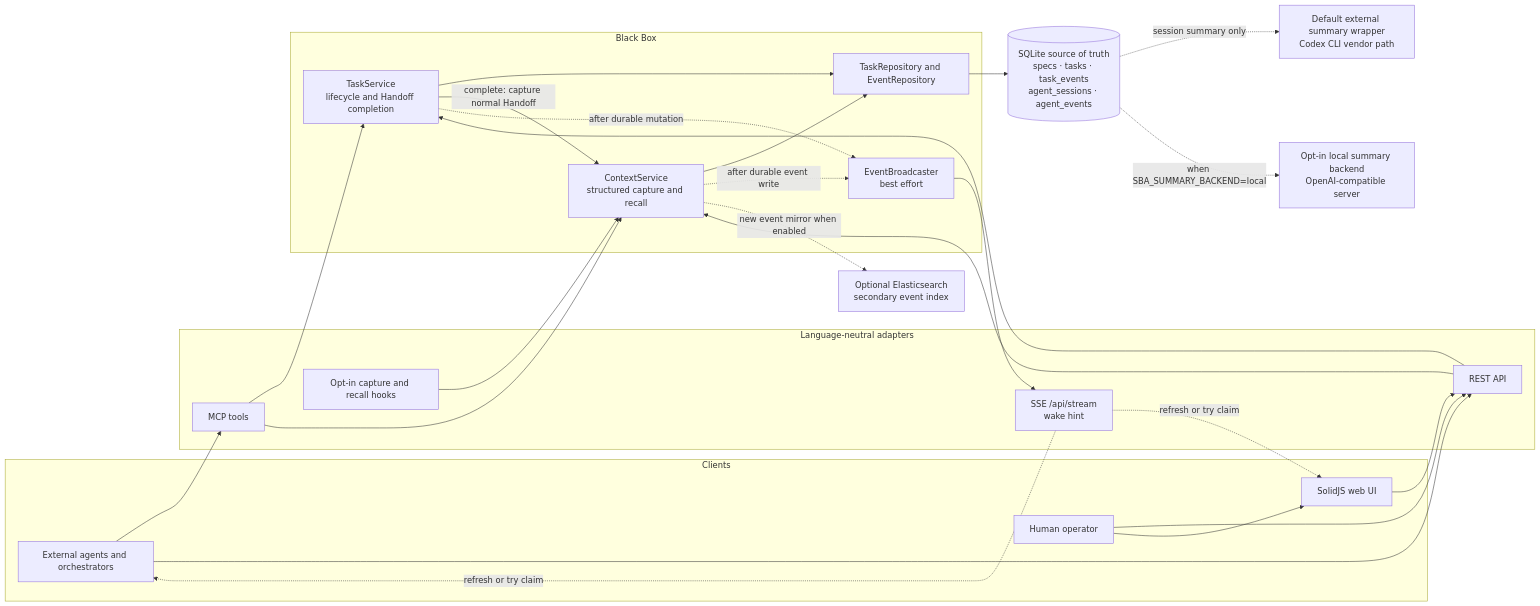
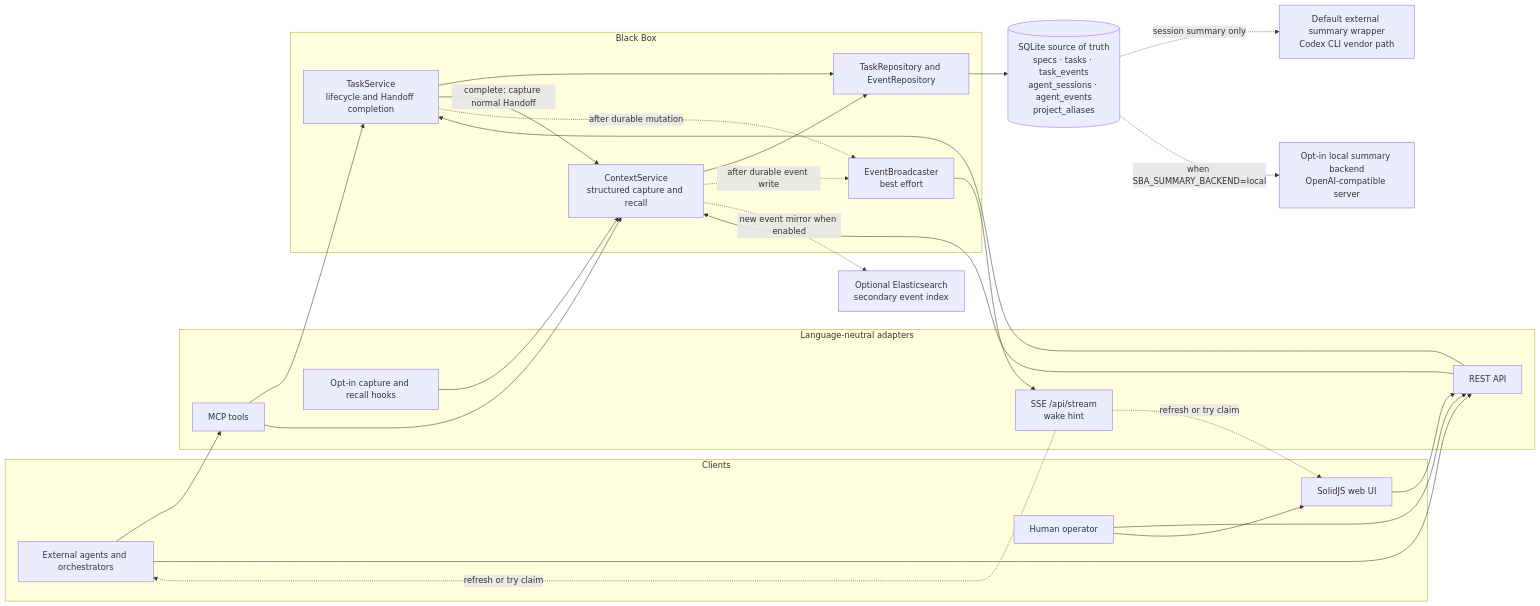
The first of 2 diagrams in docs/architecture.md (nathanmauro/black-box), drawn with Mermaid before and after one commit. The commit also changed other lines of this file and 64 other files, not shown here.

````diff
--- a/docs/architecture.md
+++ b/docs/architecture.md
@@ -19,45 +19,45 @@
 ```mermaid
 flowchart LR
     subgraph Clients["Clients"]
         AGENTS["External agents and orchestrators"]
         HUMAN["Human operator"]
         UI["SolidJS web UI"]
     end
 
     subgraph Adapters["Language-neutral adapters"]
         MCP["MCP tools"]
         REST["REST API"]
         HOOK["Opt-in capture and recall hooks"]
         STREAM["SSE /api/stream<br/>wake hint"]
     end
 
     subgraph Core["Black Box"]
         TASK["TaskService<br/>lifecycle and Handoff completion"]
         CONTEXT["ContextService<br/>structured capture and recall"]
         REPO["TaskRepository and EventRepository"]
         BROADCAST["EventBroadcaster<br/>best effort"]
     end
 
-    DB[("SQLite source of truth<br/>specs · tasks · task_events<br/>agent_sessions · agent_events")]
+    DB[("SQLite source of truth<br/>specs · tasks · task_events<br/>agent_sessions · agent_events<br/>project_aliases")]
     ES["Optional Elasticsearch<br/>secondary event index"]
     EXTERNAL["Default external summary wrapper<br/>Codex CLI vendor path"]
     LOCAL["Opt-in local summary backend<br/>OpenAI-compatible server"]
 
     AGENTS --> MCP & REST
     HUMAN --> REST & UI
     UI --> REST
     HOOK --> CONTEXT
     MCP --> TASK & CONTEXT
     REST --> TASK & CONTEXT
     TASK --> REPO
     TASK -->|"complete: capture normal Handoff"| CONTEXT
     CONTEXT --> REPO
     REPO --> DB
     TASK -. "after durable mutation" .-> BROADCAST
     CONTEXT -. "after durable event write" .-> BROADCAST
     BROADCAST --> STREAM
     STREAM -. "refresh or try claim" .-> AGENTS & UI
     CONTEXT -. "new event mirror when enabled" .-> ES
     DB -. "session summary only" .-> EXTERNAL
     DB -. "when SBA_SUMMARY_BACKEND=local" .-> LOCAL
 ```
````
